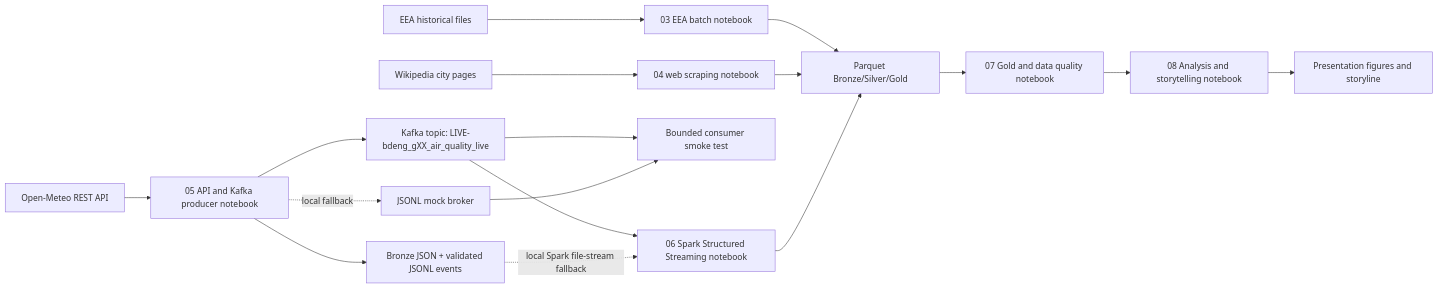
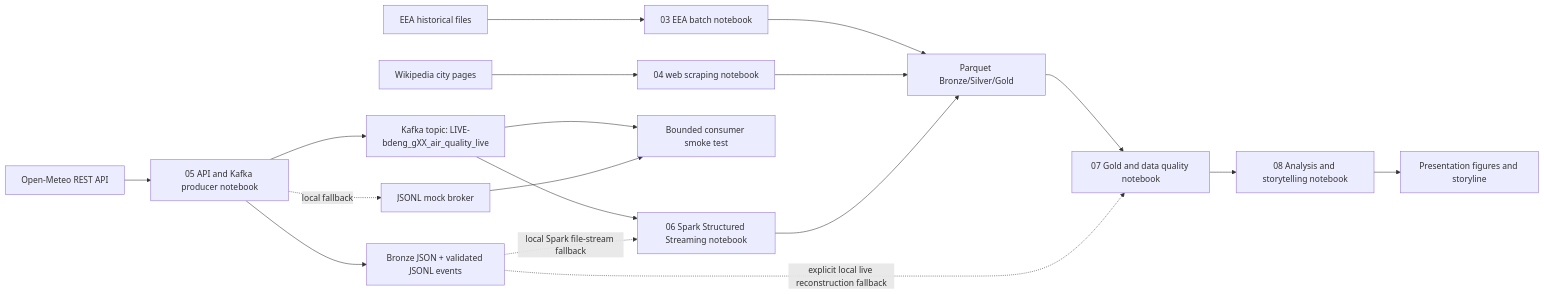
One commit to OnlyMajorG/euro-air-quality-pipeline changed the diagram in docs/diagrams/architecture.mmd. Above: the diagram before and after it, drawn with Mermaid. The commit also changed 17 other files, not shown here.

```diff
--- a/docs/diagrams/architecture.mmd
+++ b/docs/diagrams/architecture.mmd
@@ -1,17 +1,18 @@
 flowchart LR
     EEA["EEA historical files"] --> N03["03 EEA batch notebook"]
     WIKI["Wikipedia city pages"] --> N04["04 web scraping notebook"]
     API["Open-Meteo REST API"] --> N05["05 API and Kafka producer notebook"]
     N05 --> RAW["Bronze JSON + validated JSONL events"]
     N05 --> KAFKA["Kafka topic: LIVE-bdeng_gXX_air_quality_live"]
     N05 -. "local fallback" .-> MOCK["JSONL mock broker"]
     KAFKA --> EVIDENCE["Bounded consumer smoke test"]
     MOCK --> EVIDENCE
     KAFKA --> N06["06 Spark Structured Streaming notebook"]
     RAW -. "local Spark file-stream fallback" .-> N06
     N03 --> PARQUET["Parquet Bronze/Silver/Gold"]
     N04 --> PARQUET
     N06 --> PARQUET
     PARQUET --> N07["07 Gold and data quality notebook"]
+    RAW -. "explicit local live reconstruction fallback" .-> N07
     N07 --> N08["08 Analysis and storytelling notebook"]
     N08 --> PRES["Presentation figures and storyline"]
```
